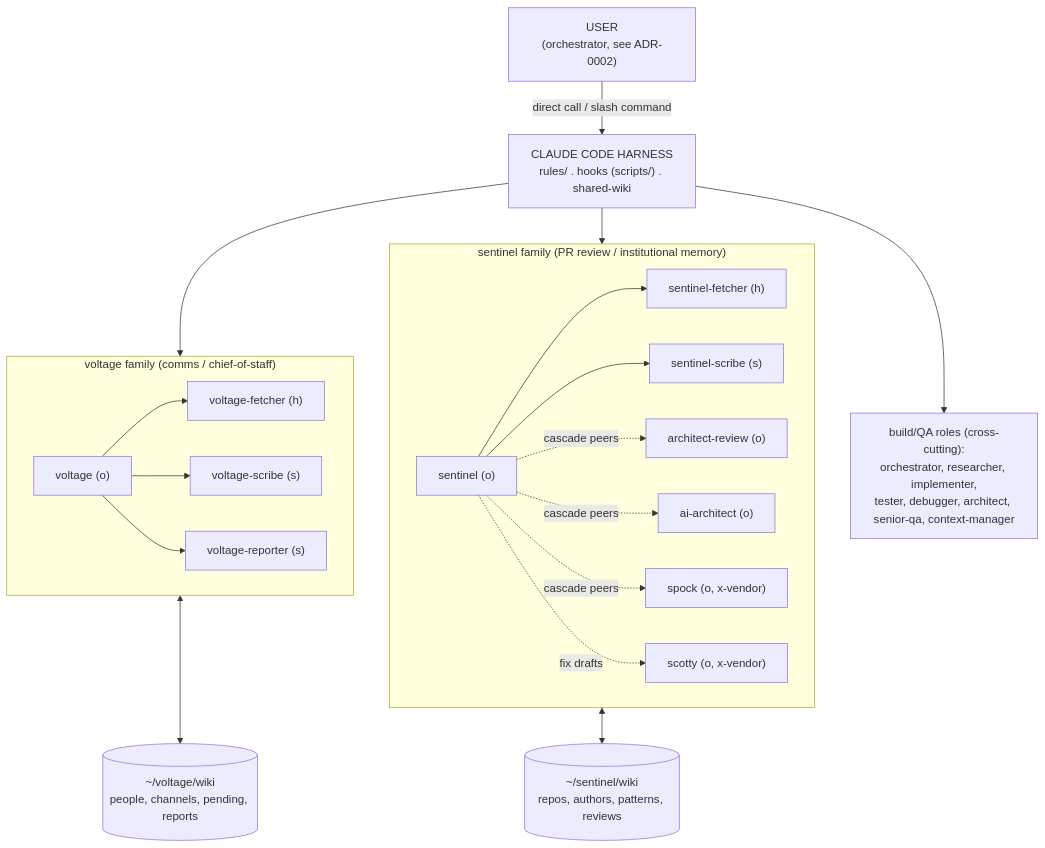
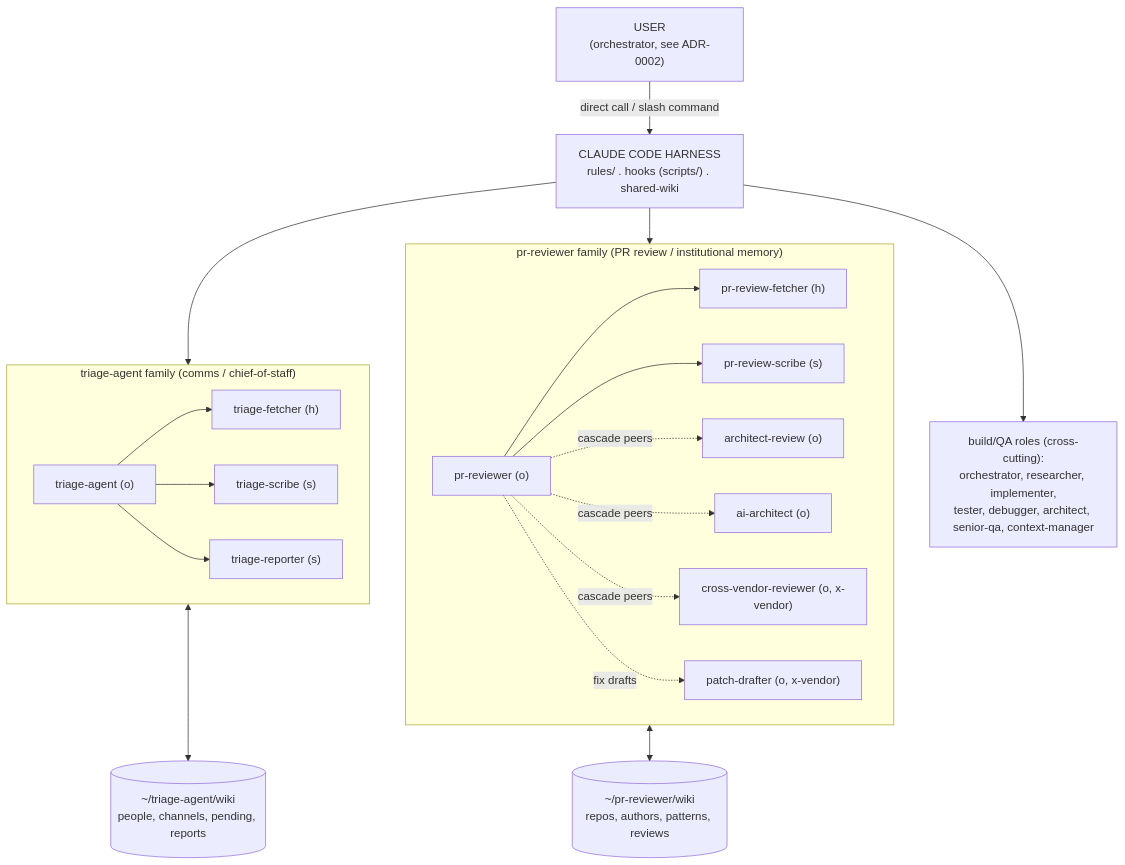
Before and after one commit to agent-rails/agentic-fabric: the first of 3 diagrams in docs/ARCHITECTURE.md, drawn with Mermaid. The commit also changed other lines of this file and 73 other files, not shown here.

````diff
--- a/docs/ARCHITECTURE.md
+++ b/docs/ARCHITECTURE.md
@@ -13,43 +13,43 @@
 ```mermaid
 flowchart TD
     user["USER<br/>(orchestrator, see ADR-0002)"]
     harness["CLAUDE CODE HARNESS<br/>rules/ . hooks (scripts/) . shared-wiki"]
     user -->|"direct call / slash command"| harness
 
-    subgraph voltage["voltage family (comms / chief-of-staff)"]
-        v["voltage (o)"]
-        vf["voltage-fetcher (h)"]
-        vs["voltage-scribe (s)"]
-        vr["voltage-reporter (s)"]
+    subgraph triage-agent["triage-agent family (comms / chief-of-staff)"]
+        v["triage-agent (o)"]
+        vf["triage-fetcher (h)"]
+        vs["triage-scribe (s)"]
+        vr["triage-reporter (s)"]
         v --> vf
         v --> vs
         v --> vr
     end
 
-    subgraph sentinel["sentinel family (PR review / institutional memory)"]
-        s["sentinel (o)"]
-        sf["sentinel-fetcher (h)"]
-        ss["sentinel-scribe (s)"]
+    subgraph pr-reviewer["pr-reviewer family (PR review / institutional memory)"]
+        s["pr-reviewer (o)"]
+        sf["pr-review-fetcher (h)"]
+        ss["pr-review-scribe (s)"]
         ar["architect-review (o)"]
         aa["ai-architect (o)"]
-        sp["spock (o, x-vendor)"]
-        sc["scotty (o, x-vendor)"]
+        sp["cross-vendor-reviewer (o, x-vendor)"]
+        sc["patch-drafter (o, x-vendor)"]
         s --> sf
         s --> ss
         s -.cascade peers.-> ar
         s -.cascade peers.-> aa
         s -.cascade peers.-> sp
         s -.fix drafts.-> sc
     end
 
-    harness --> voltage
-    harness --> sentinel
+    harness --> triage-agent
+    harness --> pr-reviewer
 
-    vwiki[("~/voltage/wiki<br/>people, channels, pending, reports")]
-    swiki[("~/sentinel/wiki<br/>repos, authors, patterns, reviews")]
-    voltage <--> vwiki
-    sentinel <--> swiki
+    vwiki[("~/triage-agent/wiki<br/>people, channels, pending, reports")]
+    swiki[("~/pr-reviewer/wiki<br/>repos, authors, patterns, reviews")]
+    triage-agent <--> vwiki
+    pr-reviewer <--> swiki
 
     build["build/QA roles (cross-cutting):<br/>orchestrator, researcher, implementer,<br/>tester, debugger, architect, senior-qa, context-manager"]
     harness --> build
 ```
````
